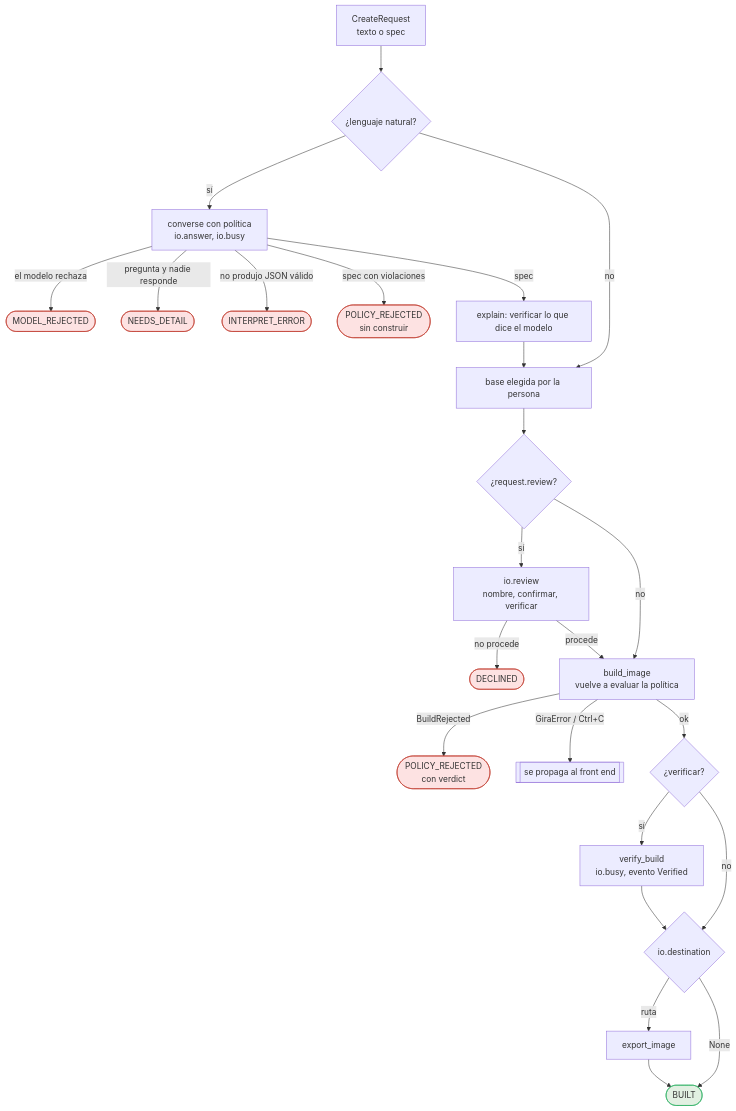
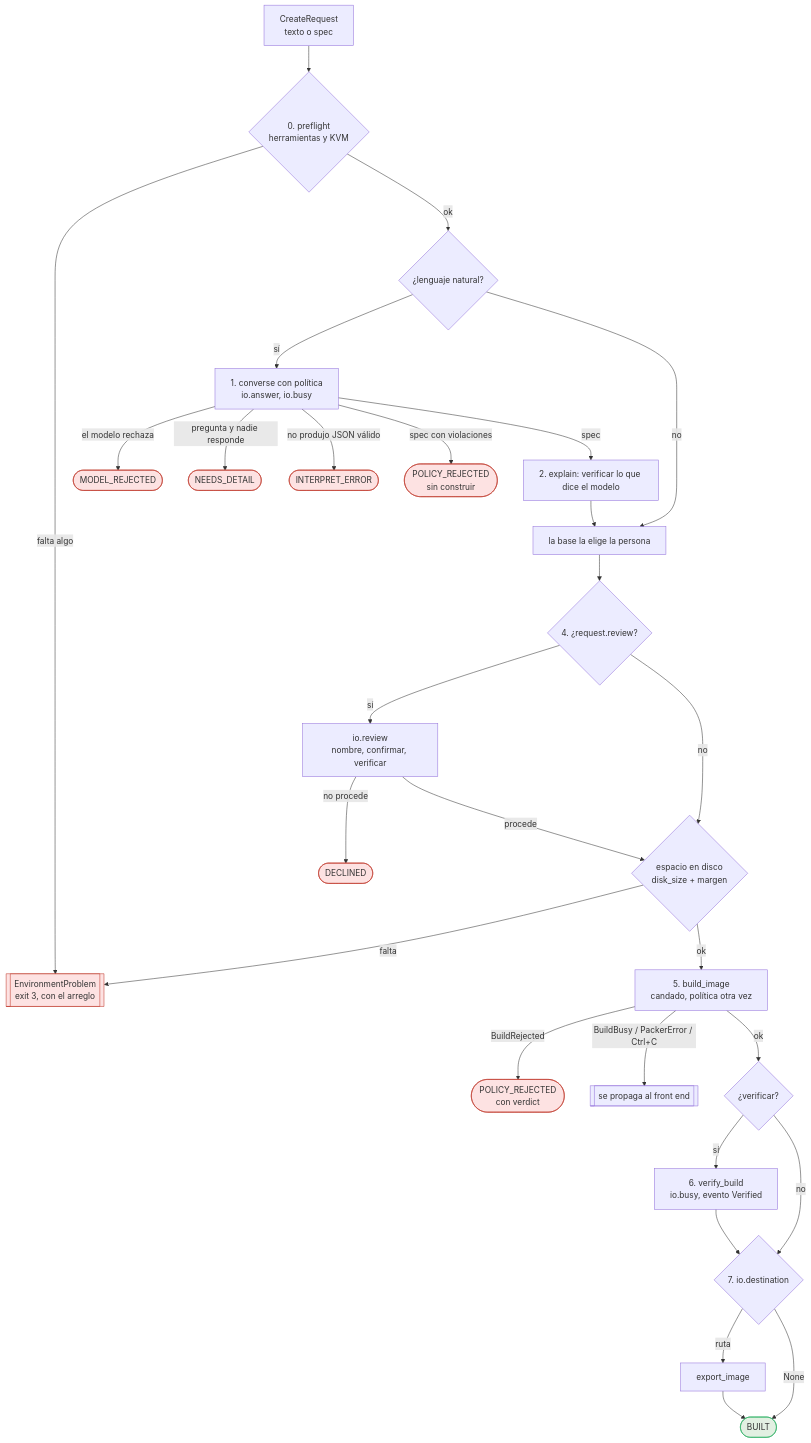
Before and after one commit to judainho/gira-iso: the third of 4 diagrams in docs/flujo-de-control.md, drawn with Mermaid. The commit also changed other lines of this file and 3 other files, not shown here.

First line of the commit message:
docs: rewrite the control-flow document to the final state (P4)

````diff
--- a/docs/flujo-de-control.md
+++ b/docs/flujo-de-control.md
@@ -175,31 +123,35 @@
 ```mermaid
 flowchart TD
-    R[CreateRequest<br/>texto o spec] --> T{¿lenguaje natural?}
-    T -- sí --> CV[converse con política<br/>io.answer, io.busy]
+    R[CreateRequest<br/>texto o spec] --> PF{"0. preflight<br/>herramientas y KVM"}
+    PF -- falta algo --> E3[[EnvironmentProblem<br/>exit 3, con el arreglo]]
+    PF -- ok --> T{¿lenguaje natural?}
+    T -- sí --> CV[1. converse con política<br/>io.answer, io.busy]
     CV -- el modelo rechaza --> S1([MODEL_REJECTED])
     CV -- pregunta y nadie responde --> S2([NEEDS_DETAIL])
     CV -- no produjo JSON válido --> S3([INTERPRET_ERROR])
     CV -- spec con violaciones --> S4([POLICY_REJECTED<br/>sin construir])
-    CV -- spec --> EX[explain: verificar lo que dice el modelo]
-    T -- no --> B0[base elegida por la persona]
+    CV -- spec --> EX[2. explain: verificar lo que dice el modelo]
+    T -- no --> B0[la base la elige la persona]
     EX --> B0
-    B0 --> RV{"¿request.review?"}
+    B0 --> RV{"4. ¿request.review?"}
     RV -- sí --> IO[io.review<br/>nombre, confirmar, verificar]
     IO -- no procede --> S5([DECLINED])
-    IO -- procede --> BU
-    RV -- no --> BU[build_image<br/>vuelve a evaluar la política]
+    IO -- procede --> SP
+    RV -- no --> SP{"espacio en disco<br/>disk_size + margen"}
+    SP -- falta --> E3
+    SP -- ok --> BU[5. build_image<br/>candado, política otra vez]
     BU -- BuildRejected --> S6([POLICY_REJECTED<br/>con verdict])
-    BU -- GiraError / Ctrl+C --> PR[[se propaga al front end]]
+    BU -- BuildBusy / PackerError / Ctrl+C --> PR[[se propaga al front end]]
     BU -- ok --> VF{"¿verificar?"}
-    VF -- sí --> V[verify_build<br/>io.busy, evento Verified]
+    VF -- sí --> V[6. verify_build<br/>io.busy, evento Verified]
     VF -- no --> DS
-    V --> DS{"io.destination"}
+    V --> DS{"7. io.destination"}
     DS -- ruta --> EXP[export_image]
     DS -- None --> OK
     EXP --> OK([BUILT])
 
     classDef stop fill:#fde2e2,stroke:#c0392b;
     classDef ok fill:#e2f0e2,stroke:#27ae60;
-    class S1,S2,S3,S4,S5,S6 stop;
+    class S1,S2,S3,S4,S5,S6,E3 stop;
     class OK ok;
 ```
````
